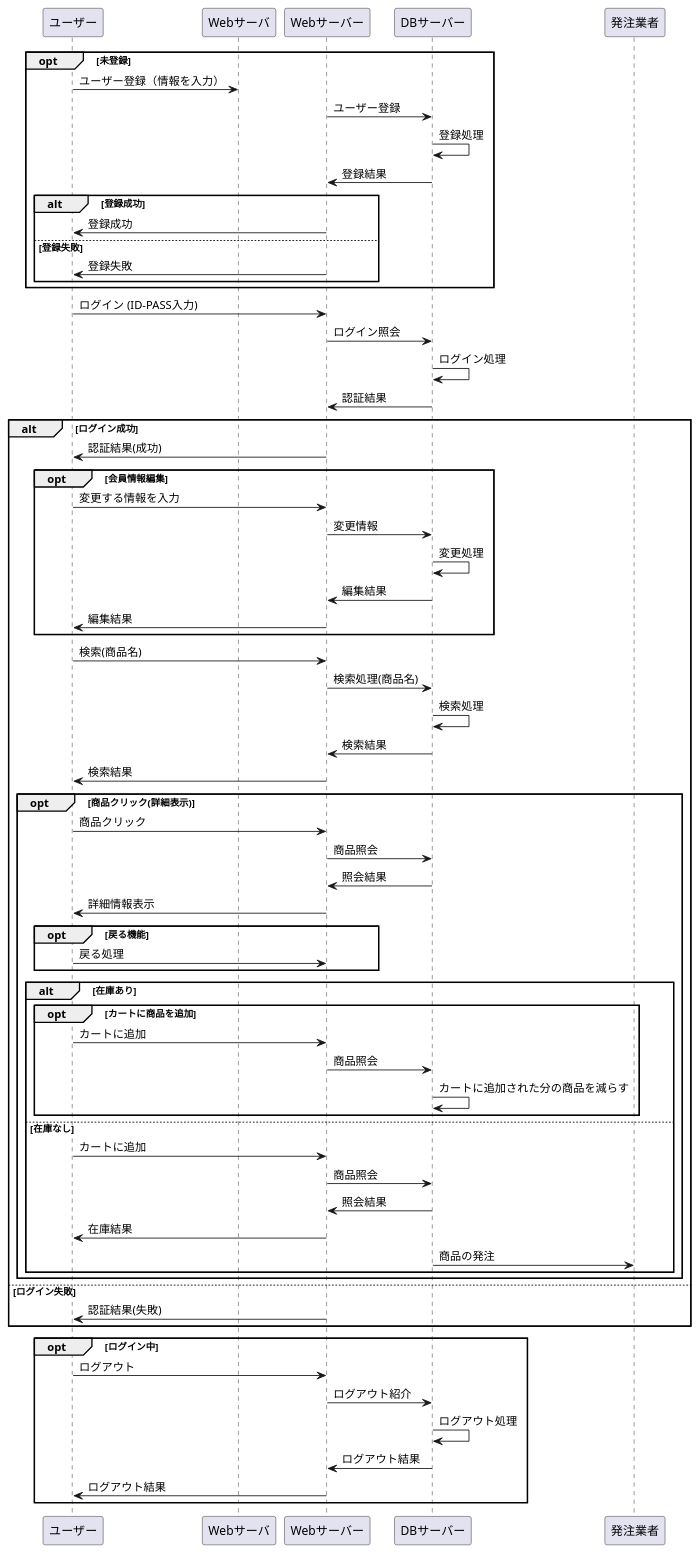
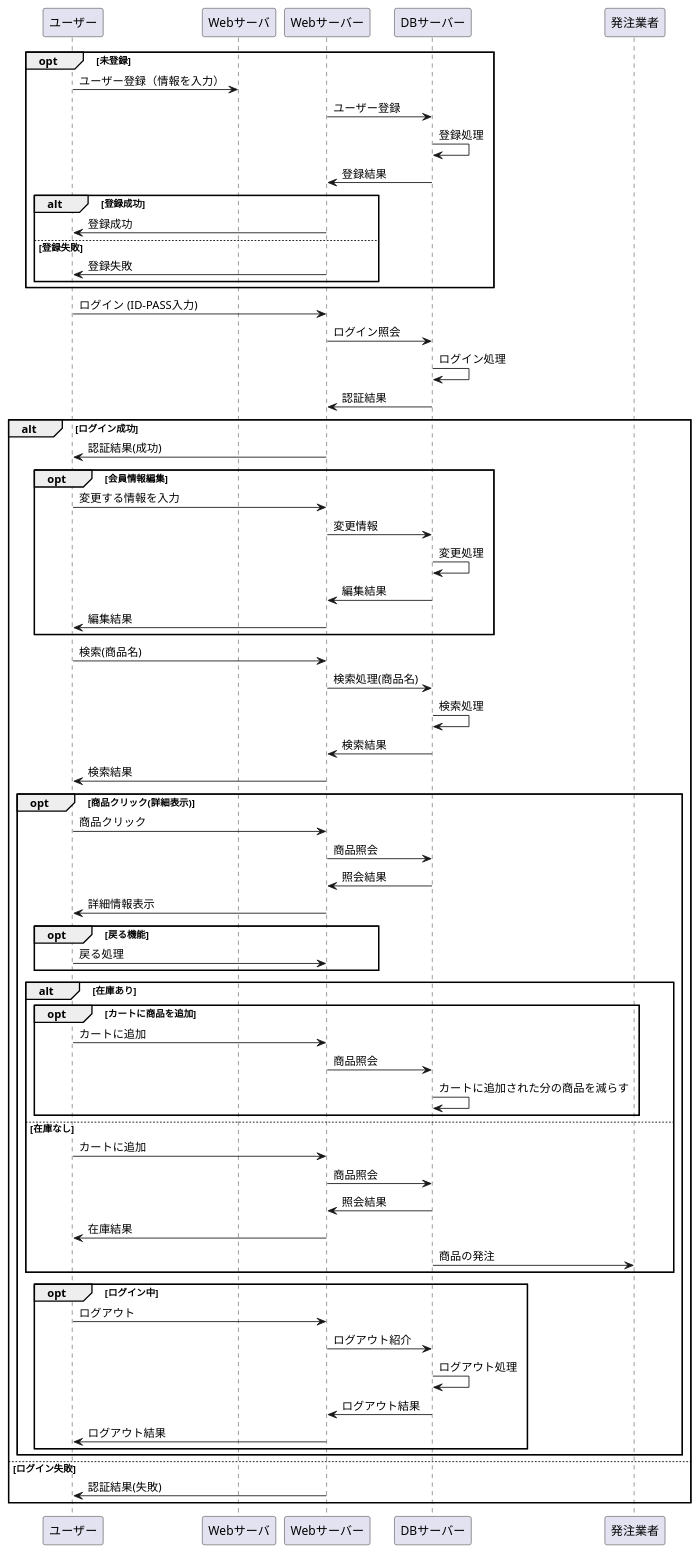
The diagram in src/md/02業務フロー.md (Aso2001001/2021sys-design), drawn with PlantUML before and after one commit. The commit also changed other lines of this file, not shown here.

````diff
--- a/src/md/02業務フロー.md
+++ b/src/md/02業務フロー.md
@@ -1,77 +1,77 @@
 ```uml
 @startuml
 opt 未登録
 ユーザー -> Webサーバ : ユーザー登録（情報を入力）
 Webサーバー -> DBサーバー : ユーザー登録
 DBサーバー -> DBサーバー : 登録処理
 DBサーバー -> Webサーバー : 登録結果
 
 alt 登録成功
 Webサーバー -> ユーザー : 登録成功
 else 登録失敗
 Webサーバー -> ユーザー : 登録失敗
 end
 end
 
 ユーザー -> Webサーバー : ログイン (ID-PASS入力)
 Webサーバー -> DBサーバー : ログイン照会
 DBサーバー -> DBサーバー : ログイン処理
 DBサーバー -> Webサーバー : 認証結果
 
 alt ログイン成功
 Webサーバー -> ユーザー : 認証結果(成功)
 
 opt 会員情報編集
 ユーザー -> Webサーバー : 変更する情報を入力
 Webサーバー -> DBサーバー : 変更情報
 DBサーバー -> DBサーバー : 変更処理
 DBサーバー -> Webサーバー : 編集結果
 Webサーバー -> ユーザー : 編集結果
 end
 
 ユーザー -> Webサーバー : 検索(商品名)
 Webサーバー -> DBサーバー : 検索処理(商品名)
 DBサーバー -> DBサーバー : 検索処理
 DBサーバー -> Webサーバー : 検索結果
 Webサーバー -> ユーザー : 検索結果
 
 opt 商品クリック(詳細表示)
 ユーザー -> Webサーバー : 商品クリック
 Webサーバー -> DBサーバー : 商品照会
 DBサーバー -> Webサーバー : 照会結果
 Webサーバー -> ユーザー : 詳細情報表示
 
 opt 戻る機能
 ユーザー -> Webサーバー : 戻る処理
 end
 
 alt 在庫あり
 opt カートに商品を追加
 ユーザー -> Webサーバー : カートに追加
 Webサーバー -> DBサーバー : 商品照会
 DBサーバー -> DBサーバー : カートに追加された分の商品を減らす
 end
 
 else 在庫なし
 ユーザー -> Webサーバー : カートに追加
 Webサーバー -> DBサーバー : 商品照会
 DBサーバー -> Webサーバー : 照会結果
 Webサーバー -> ユーザー : 在庫結果
 DBサーバー -> 発注業者 : 商品の発注
 end
-end
-
-else ログイン失敗
-Webサーバー -> ユーザー : 認証結果(失敗)
-end
 
 opt ログイン中
 ユーザー -> Webサーバー :ログアウト
 Webサーバー -> DBサーバー : ログアウト紹介
 DBサーバー -> DBサーバー : ログアウト処理
 DBサーバー -> Webサーバー : ログアウト結果
 Webサーバー -> ユーザー : ログアウト結果
 end
+end
+
+else ログイン失敗
+Webサーバー -> ユーザー : 認証結果(失敗)
+end
 
 @enduml
 ```
````
